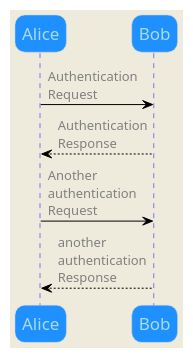
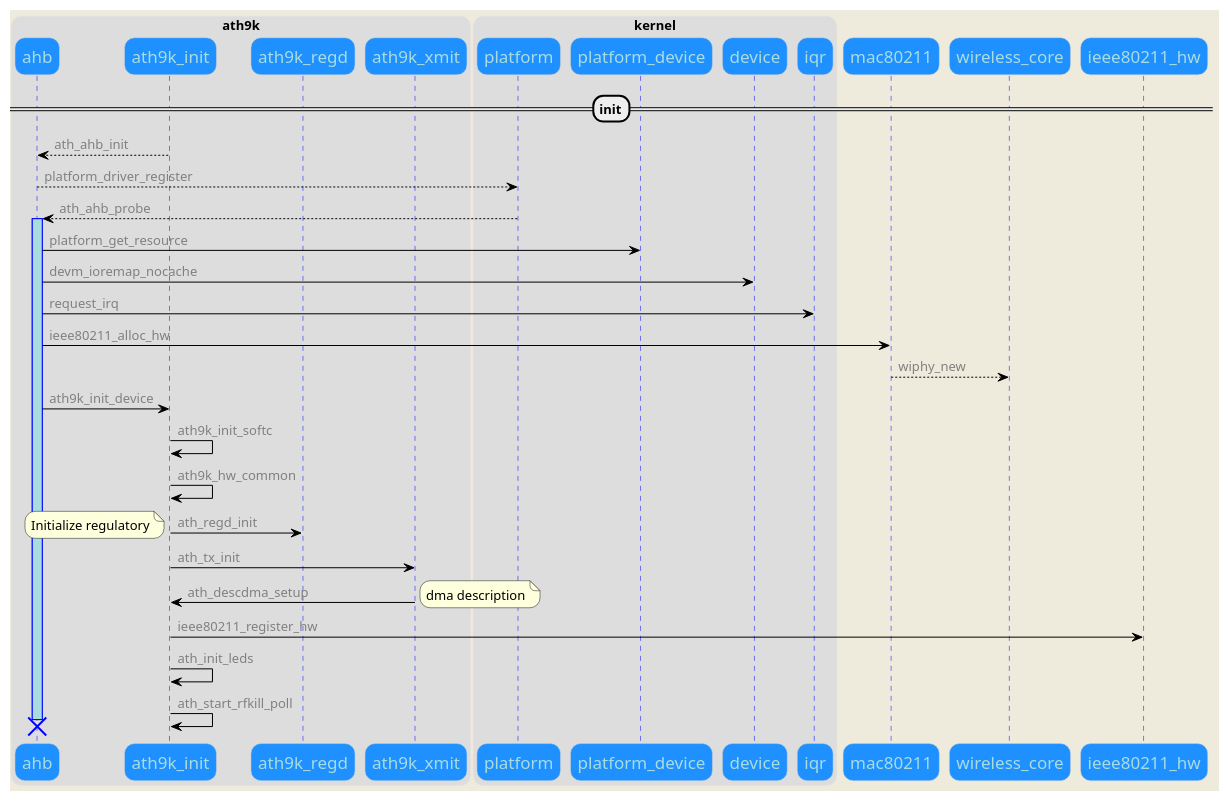
One commit to raosiyong/mddoc changed the second of 8 diagrams in learnmd.md. Above: the diagram before and after it, drawn with PlantUML. The commit also changed other lines of this file and 26 other files, not shown here.

Commit message:
mac80211 init sequence and class chart V00:01.02

````diff
--- a/learnmd.md
+++ b/learnmd.md
@@ -81,33 +81,67 @@
 ```plantuml
 @startuml
 
 skinparam roundcorner 20
 skinparam maxmessagesize 60
 'skinparam handwritten true
 skinparam backgroundColor #EEEBDC
 skinparam sequence {
     ArrowThickness 1
     ArrowFontColor gray
     ArrowColor black
     'ActorBorderColor DeepSkyBlue
     LifeLineBorderColor blue
     LifeLineBackgroundColor #A9DCDF
     'Participant underline
     ParticipantBorderColor lightGray
     ParticipantBackgroundColor DodgerBlue
     ParticipantFontName Impact
     ParticipantFontSize 17
     ParticipantFontColor #A9DCDF
     ActorBackgroundColor aqua
     ActorFontColor DeepSkyBlue
     ActorFontSize 17
     ActorFontName Aapex
+    'BoxBackgroundColor white
+    BoxBorderCOlor #EEEBDC
 }
-Alice -> Bob: Authentication Request
-Bob --> Alice: Authentication Response
+==init==
+box "ath9k"
+  Participant ahb
+  Participant ath9k_init
+  Participant ath9k_regd
+  Participant ath9k_xmit
 
-Alice -> Bob: Another authentication Request
-Alice <-- Bob: another authentication Response
+endbox  
+'#white'
+box "kernel"
+  Participant platform
+  Participant platform_device
+  Participant device
+  Participant iqr  
+endbox  
 
+
+ath9k_init-->ahb:ath_ahb_init
+ahb-->platform:platform_driver_register
+platform-->ahb:ath_ahb_probe
+activate ahb
+ahb->platform_device: platform_get_resource
+ahb->device: devm_ioremap_nocache
+ahb->iqr:request_irq
+ahb->mac80211:ieee80211_alloc_hw
+mac80211-->wireless_core:wiphy_new
+ahb->ath9k_init:ath9k_init_device
+ath9k_init->ath9k_init:ath9k_init_softc
+ath9k_init->ath9k_init:ath9k_hw_common
+ath9k_init->ath9k_regd:ath_regd_init
+  note left:Initialize regulatory
+ath9k_init->ath9k_xmit:ath_tx_init
+ath9k_init<-ath9k_xmit:ath_descdma_setup
+  note right: dma description
+ath9k_init->ieee80211_hw:ieee80211_register_hw
+ath9k_init->ath9k_init:ath_init_leds
+ath9k_init->ath9k_init:ath_start_rfkill_poll
+destroy ahb
 @enduml
 ```
````
